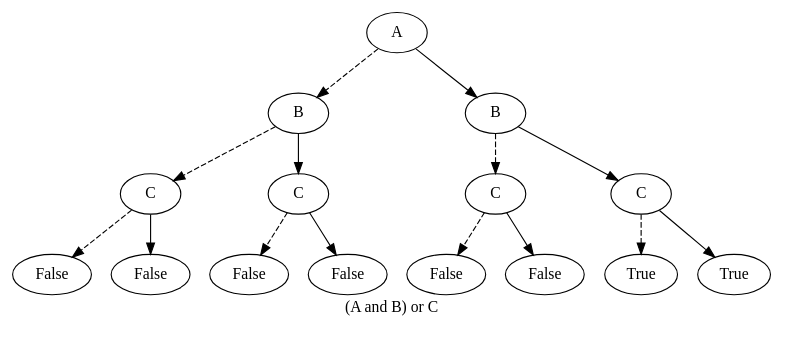
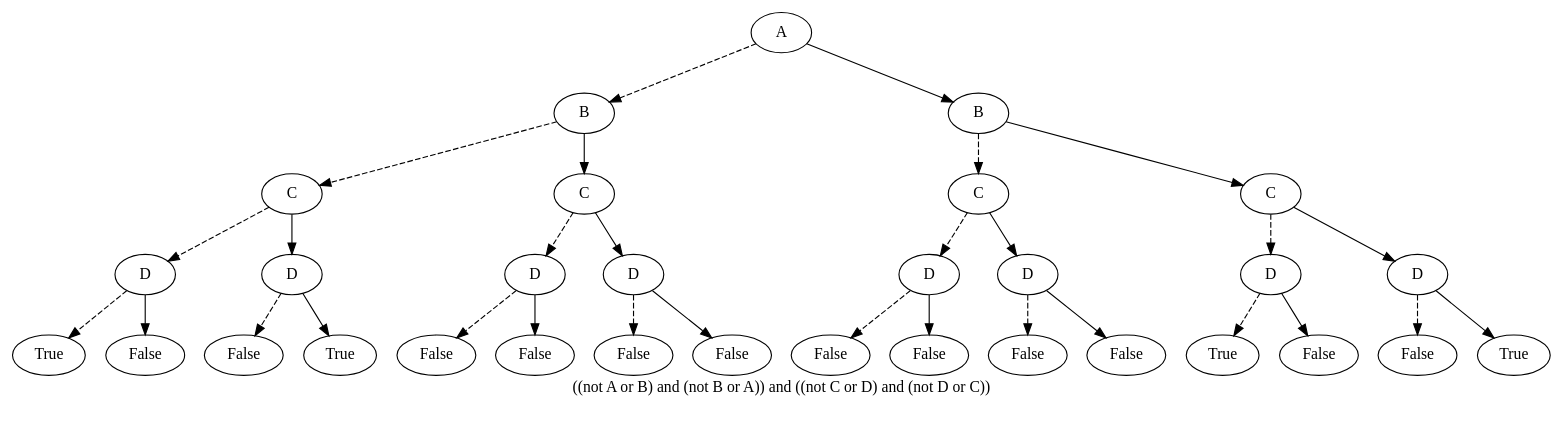
One commit to O1ez/IncreasingResilienceOfAutomatedVehicles changed the diagram in BDD/out/out.dot. Above: the diagram before and after it, drawn with Graphviz. The commit also changed 8 other files, not shown here.

Commit message:
Reduced done, BDD can be drawn with graphviz

```diff
--- a/BDD/out/out.dot
+++ b/BDD/out/out.dot
@@ -1,31 +1,63 @@
 digraph{
-label="(A and B) or C\n\n"
-ABl[label=B]
-A -> ABl[style=dashed]
-ABlCl[label=C]
-ABl -> ABlCl[style=dashed]
-ABlClFalsel[label=False]
-ABlCl -> ABlClFalsel[style=dashed]
-ABlClFalser[label=False]
-ABlCl -> ABlClFalser
-ABlCr[label=C]
-ABl -> ABlCr
-ABlCrFalsel[label=False]
-ABlCr -> ABlCrFalsel[style=dashed]
-ABlCrFalser[label=False]
-ABlCr -> ABlCrFalser
-ABr[label=B]
-A -> ABr
-ABrCl[label=C]
-ABr -> ABrCl[style=dashed]
-ABrClFalsel[label=False]
-ABrCl -> ABrClFalsel[style=dashed]
-ABrClFalser[label=False]
-ABrCl -> ABrClFalser
-ABrCr[label=C]
-ABr -> ABrCr
-ABrCrTruel[label=True]
-ABrCr -> ABrCrTruel[style=dashed]
-ABrCrTruer[label=True]
-ABrCr -> ABrCrTruer
+label="((not A or B) and (not B or A)) and ((not C or D) and (not D or C))\n\n"
+1814491433616[label=A]1814491431952[label=B]
+1814491433616 -> 1814491431952[style=dashed]
+1814491431440[label=C]
+1814491431952 -> 1814491431440[style=dashed]
+1814491431056[label=D]
+1814491431440 -> 1814491431056[style=dashed]
+1814491431120[label=True]
+1814491431056 -> 1814491431120[style=dashed]
+1814491431184[label=False]
+1814491431056 -> 1814491431184
+1814491431248[label=D]
+1814491431440 -> 1814491431248
+1814491431312[label=False]
+1814491431248 -> 1814491431312[style=dashed]
+1814491431376[label=True]
+1814491431248 -> 1814491431376
+1814491431888[label=C]
+1814491431952 -> 1814491431888
+1814491431504[label=D]
+1814491431888 -> 1814491431504[style=dashed]
+1814491431568[label=False]
+1814491431504 -> 1814491431568[style=dashed]
+1814491431632[label=False]
+1814491431504 -> 1814491431632
+1814491431696[label=D]
+1814491431888 -> 1814491431696
+1814491431760[label=False]
+1814491431696 -> 1814491431760[style=dashed]
+1814491431824[label=False]
+1814491431696 -> 1814491431824
+1814491433488[label=B]
+1814491433616 -> 1814491433488
+1814491432016[label=C]
+1814491433488 -> 1814491432016[style=dashed]
+1814491432080[label=D]
+1814491432016 -> 1814491432080[style=dashed]
+1814491432208[label=False]
+1814491432080 -> 1814491432208[style=dashed]
+1814491432272[label=False]
+1814491432080 -> 1814491432272
+1814491432336[label=D]
+1814491432016 -> 1814491432336
+1814491432400[label=False]
+1814491432336 -> 1814491432400[style=dashed]
+1814491432464[label=False]
+1814491432336 -> 1814491432464
+1814491433424[label=C]
+1814491433488 -> 1814491433424
+1814491432912[label=D]
+1814491433424 -> 1814491432912[style=dashed]
+1814491432720[label=True]
+1814491432912 -> 1814491432720[style=dashed]
+1814491432848[label=False]
+1814491432912 -> 1814491432848
+1814491433296[label=D]
+1814491433424 -> 1814491433296
+1814491433040[label=False]
+1814491433296 -> 1814491433040[style=dashed]
+1814491433232[label=True]
+1814491433296 -> 1814491433232
 }
```
